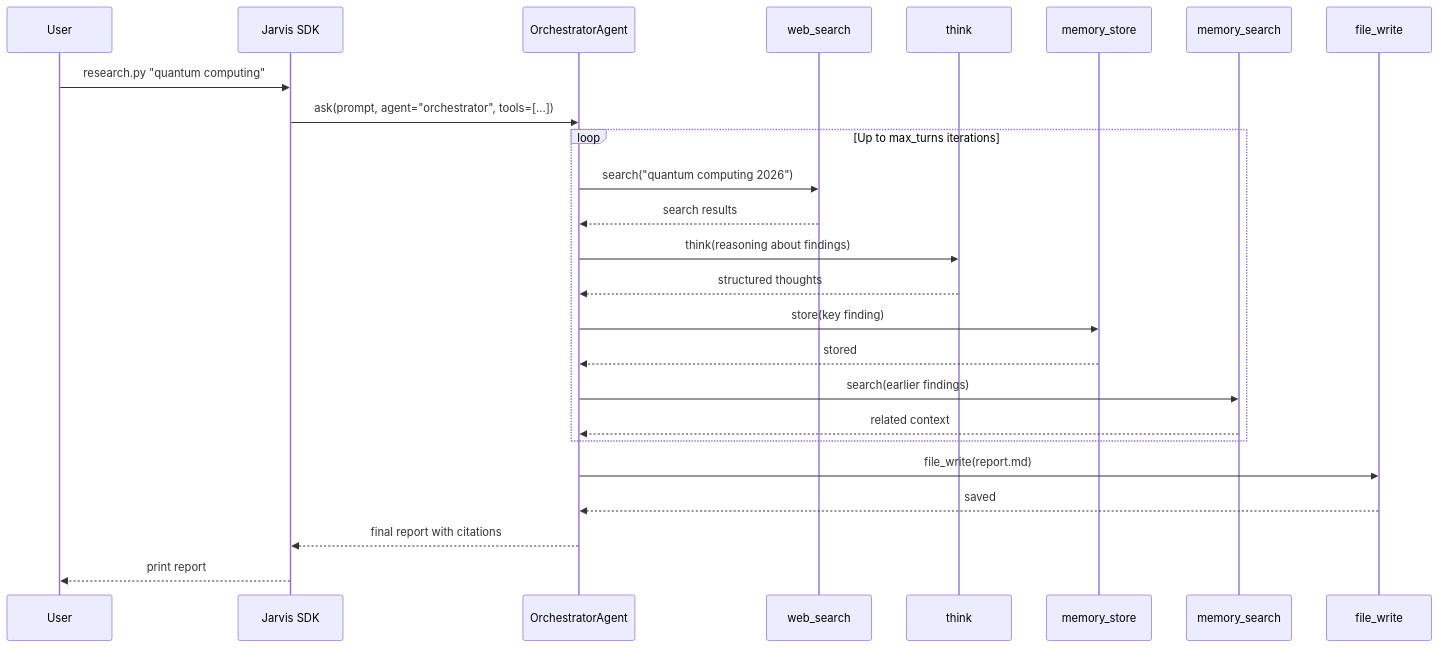
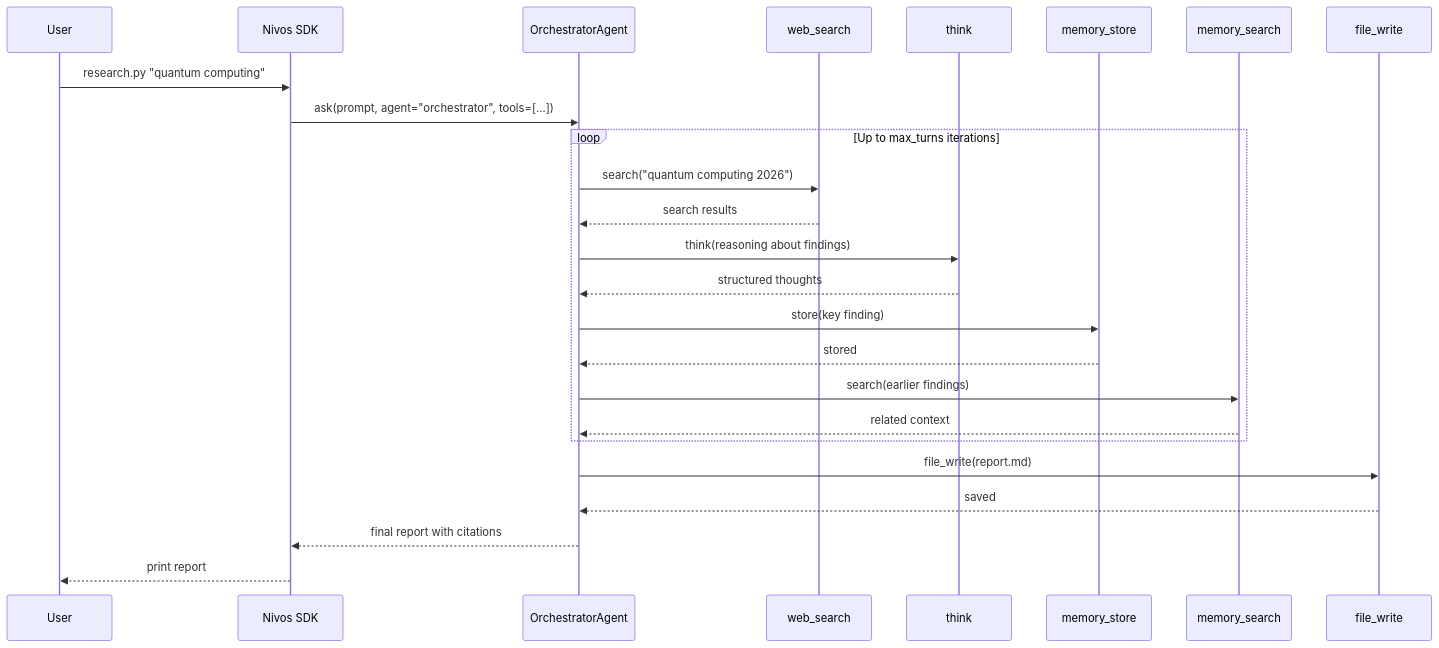
The diagram in docs/tutorials/deep-research.md (itzmesooraj8/NIVOS-V1), drawn with Mermaid before and after one commit. The commit also changed other lines of this file and 1805 other files, not shown here.

Commit message:
stage2: rename all occurrences of OpenJarvis/openjarvis to Nivos/nivos

````diff
--- a/docs/tutorials/deep-research.md
+++ b/docs/tutorials/deep-research.md
@@ -42,28 +42,28 @@
 ```mermaid
 sequenceDiagram
     participant U as User
-    participant J as Jarvis SDK
+    participant J as Nivos SDK
     participant O as OrchestratorAgent
     participant W as web_search
     participant T as think
     participant MS as memory_store
     participant MQ as memory_search
     participant F as file_write
 
     U->>J: research.py "quantum computing"
     J->>O: ask(prompt, agent="orchestrator", tools=[...])
     loop Up to max_turns iterations
         O->>W: search("quantum computing 2026")
         W-->>O: search results
         O->>T: think(reasoning about findings)
         T-->>O: structured thoughts
         O->>MS: store(key finding)
         MS-->>O: stored
         O->>MQ: search(earlier findings)
         MQ-->>O: related context
     end
     O->>F: file_write(report.md)
     F-->>O: saved
     O-->>J: final report with citations
     J-->>U: print report
 ```
````
